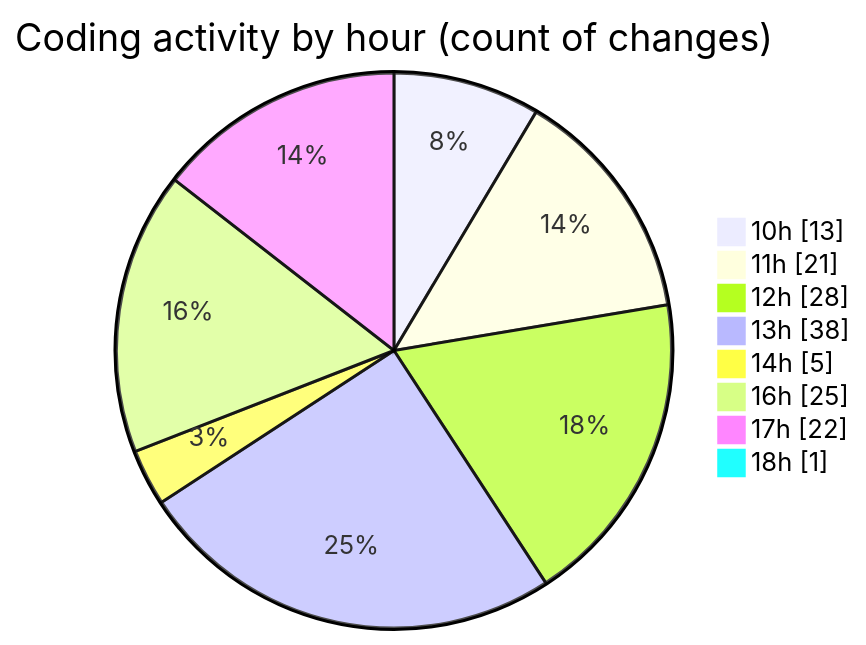
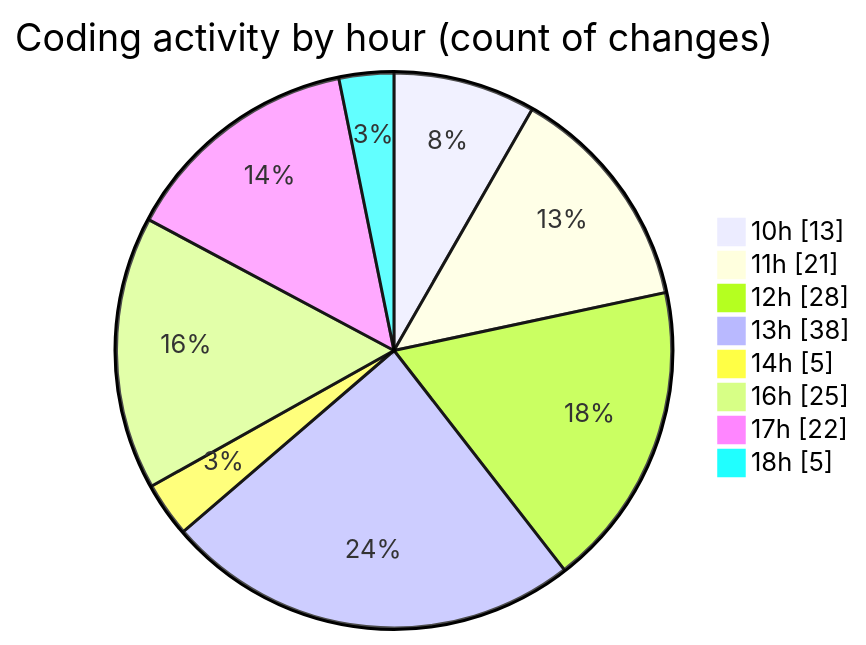
Before and after one commit to momahboobian/code-tracking: the second of 2 diagrams in 2025-06-19/cda/README.md, drawn with Mermaid. The commit also changed other lines of this file and 1 other file, not shown here.

````diff
--- a/2025-06-19/cda/README.md
+++ b/2025-06-19/cda/README.md
@@ -49,12 +49,12 @@
 ```mermaid
 pie showData
 title Coding activity by hour (count of changes)
 "10h" : 13
 "11h" : 21
 "12h" : 28
 "13h" : 38
 "14h" : 5
 "16h" : 25
 "17h" : 22
-"18h" : 1
+"18h" : 5
 ```
````
